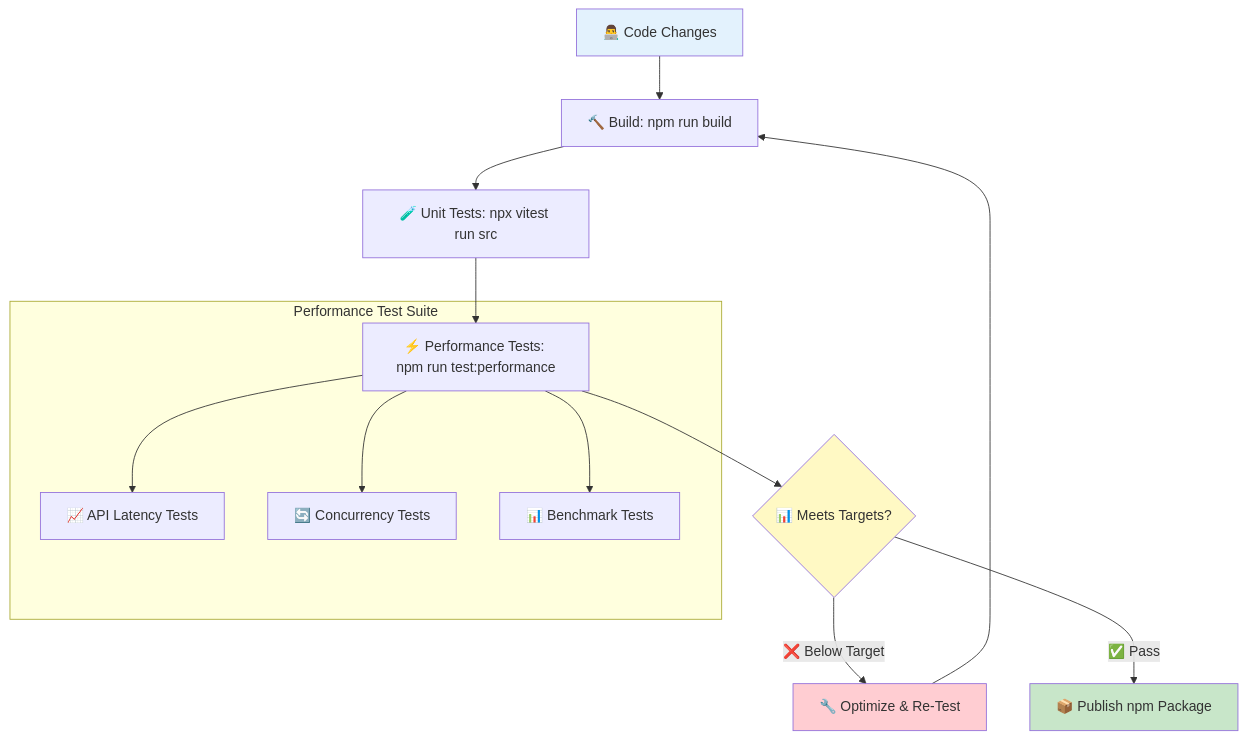
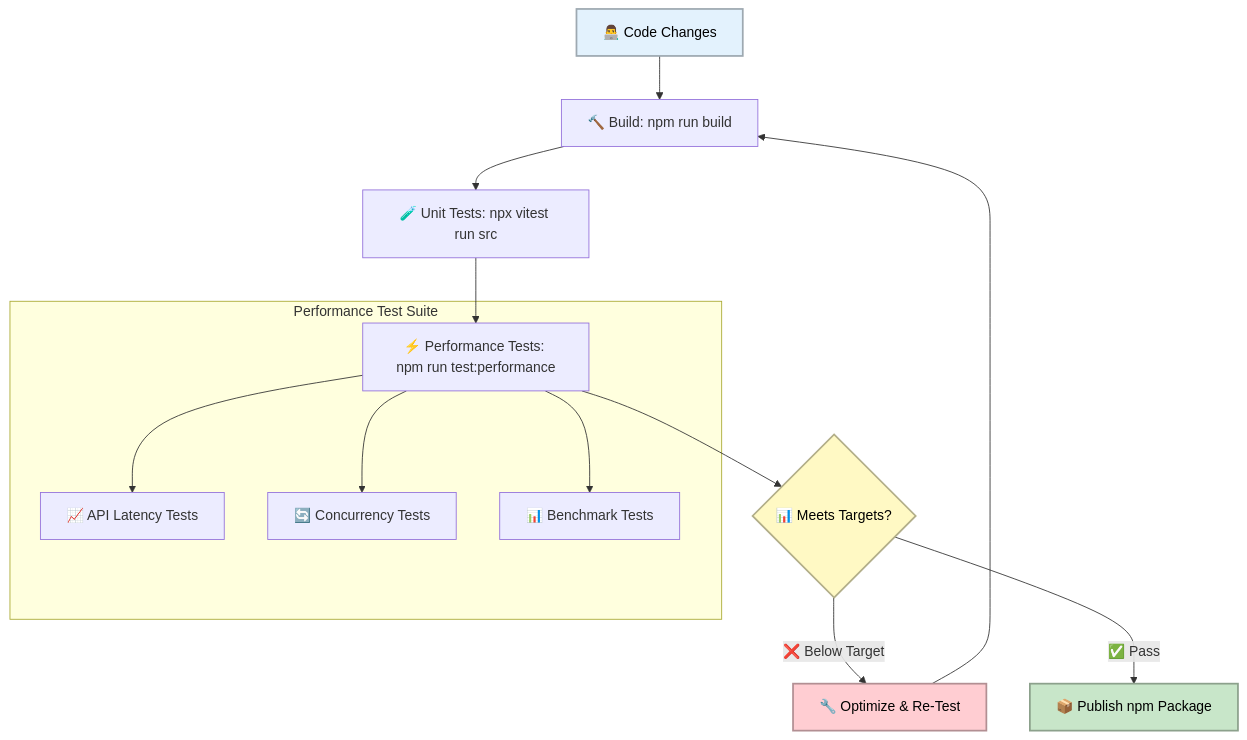
One commit to Hack23/European-Parliament-MCP-Server changed the diagram in api-markdown/_media/performance-testing.md. Above: the diagram before and after it, drawn with Mermaid. The commit also changed 1837 other files, not shown here.

````diff
--- a/api-markdown/_media/performance-testing.md
+++ b/api-markdown/_media/performance-testing.md
@@ -100,21 +100,29 @@
 ```mermaid
 graph TB
     A[👨‍💻 Code Changes] --> B[🔨 Build: npm run build]
     B --> C[🧪 Unit Tests: npx vitest run src]
     C --> D[⚡ Performance Tests: npm run test:performance]
     D --> E{📊 Meets Targets?}
     E -->|❌ Below Target| F[🔧 Optimize & Re-Test]
     F --> B
     E -->|✅ Pass| G[📦 Publish npm Package]
     
     subgraph "Performance Test Suite"
         D --> D1[📈 API Latency Tests]
         D --> D2[🔄 Concurrency Tests]
         D --> D3[📊 Benchmark Tests]
     end
 
-    style A fill:#e3f2fd
-    style G fill:#c8e6c9
-    style F fill:#ffcdd2
-    style E fill:#fff9c4
+    style A fill:#e3f2fd,stroke:#9ea9b1,stroke-width:2px,color:#000000
+
+
+    style G fill:#c8e6c9,stroke:#8ca18c,stroke-width:2px,color:#000000
+
+
+    style F fill:#ffcdd2,stroke:#b28f93,stroke-width:2px,color:#000000
+
+
+    style E fill:#fff9c4,stroke:#b2ae89,stroke-width:2px,color:#000000
+
+
 ```
````
